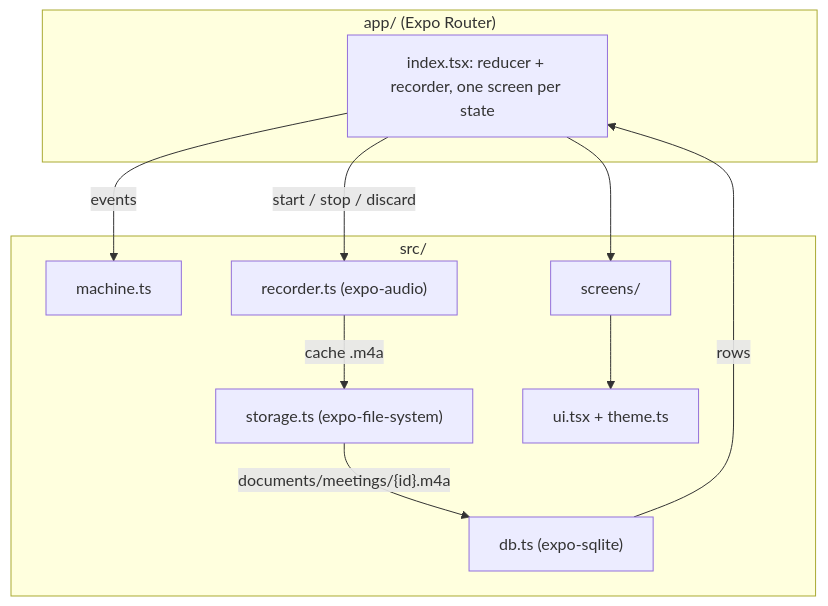
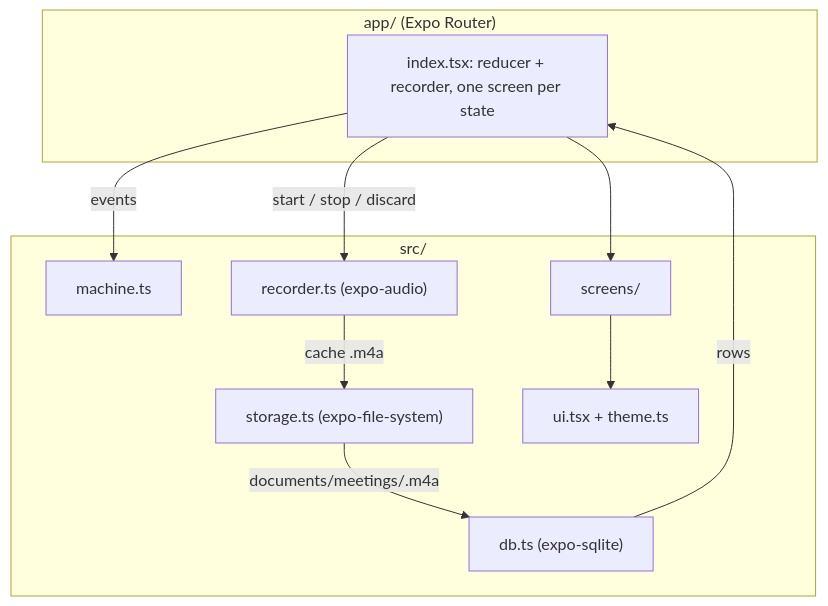
One commit to dzaffren/meeting-assistant changed the second of 2 diagrams in docs/ARCHITECTURE.md. Above: the diagram before and after it, drawn with Mermaid. The commit also changed 1 other file, not shown here.

Commit message:
docs(spec): reword braces the ship gate reads as placeholders

````diff
--- a/docs/ARCHITECTURE.md
+++ b/docs/ARCHITECTURE.md
@@ -16,20 +16,20 @@
 ```mermaid
 flowchart TB
     subgraph app["app/ (Expo Router)"]
         IDX["index.tsx: reducer + recorder, one screen per state"]
     end
     subgraph src["src/"]
         M["machine.ts"]
         REC["recorder.ts (expo-audio)"]
         FS["storage.ts (expo-file-system)"]
         DB["db.ts (expo-sqlite)"]
         SCR["screens/"]
         UI["ui.tsx + theme.ts"]
     end
     IDX -- events --> M
     IDX -- start / stop / discard --> REC
     REC -- cache .m4a --> FS
-    FS -- documents/meetings/{id}.m4a --> DB
+    FS -- documents/meetings/<id>.m4a --> DB
     DB -- rows --> IDX
     IDX --> SCR --> UI
 ```
````
